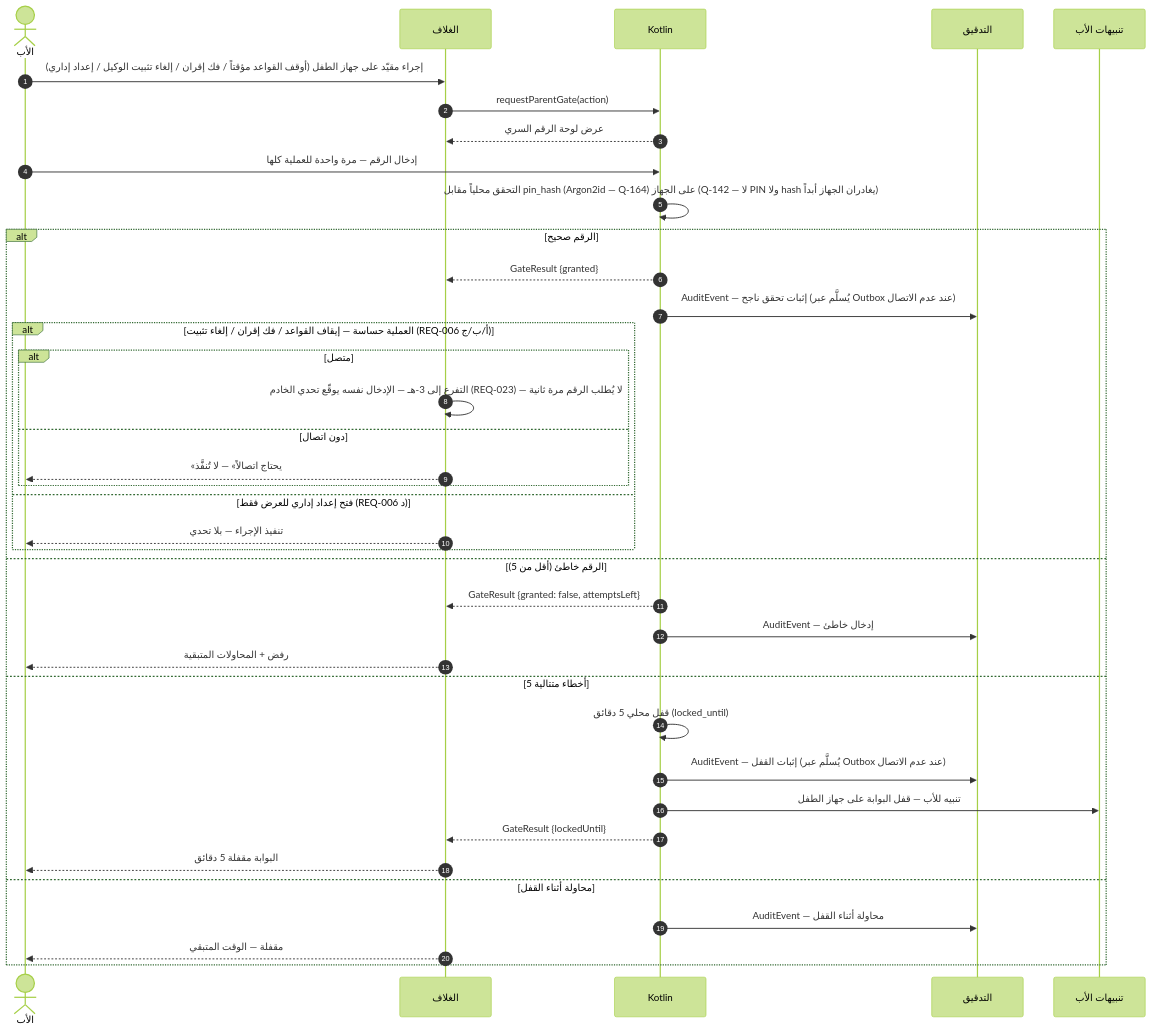
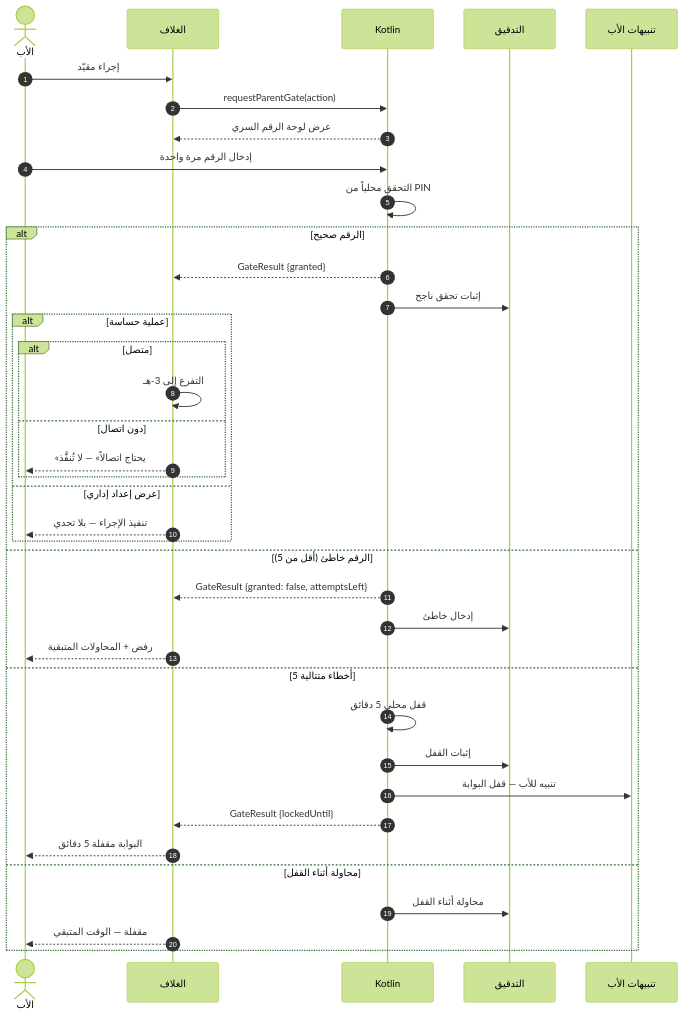
The fifth of 19 diagrams in docs/family-os/governance/phases/phase-1/S1-01-app-shell-and-platform/DIAGRAMS.md (Bassam-mohammed-alqaeadi/family-os-v2), drawn with Mermaid (forest theme) before and after one commit. The commit also changed other lines of this file, not shown here.

````diff
--- a/docs/family-os/governance/phases/phase-1/S1-01-app-shell-and-platform/DIAGRAMS.md
+++ b/docs/family-os/governance/phases/phase-1/S1-01-app-shell-and-platform/DIAGRAMS.md
@@ -256,40 +266,40 @@
 ```mermaid
 sequenceDiagram
     autonumber
     actor Father as الأب
     participant Shell as الغلاف
     participant K as Kotlin
     participant Audit as التدقيق
     participant Alerts as تنبيهات الأب
-    Father->>Shell: إجراء مقيّد على جهاز الطفل (أوقف القواعد مؤقتاً / فك إقران / إلغاء تثبيت الوكيل / إعداد إداري)
+    Father->>Shell: إجراء مقيّد
     Shell->>K: requestParentGate(action)
     K-->>Shell: عرض لوحة الرقم السري
-    Father->>K: إدخال الرقم — مرة واحدة للعملية كلها
-    K->>K: التحقق محلياً مقابل pin_hash (Argon2id — Q-164) على الجهاز (Q-142 — لا PIN ولا hash يغادران الجهاز أبداً)
+    Father->>K: إدخال الرقم مرة واحدة
+    K->>K: التحقق محلياً من PIN
     alt الرقم صحيح
         K-->>Shell: GateResult {granted}
-        K->>Audit: AuditEvent — إثبات تحقق ناجح (يُسلَّم عبر Outbox عند عدم الاتصال)
-        alt العملية حساسة — إيقاف القواعد / فك إقران / إلغاء تثبيت (REQ-006 أ/ب/ج)
+        K->>Audit: إثبات تحقق ناجح
+        alt عملية حساسة
             alt متصل
-                Shell->>Shell: التفرع إلى 3-هـ — الإدخال نفسه يوقّع تحدي الخادم (REQ-023) — لا يُطلب الرقم مرة ثانية
+                Shell->>Shell: التفرع إلى 3-هـ
             else دون اتصال
                 Shell-->>Father: «يحتاج اتصالاً» — لا تُنفَّذ
             end
-        else فتح إعداد إداري للعرض فقط (REQ-006 د)
+        else عرض إعداد إداري
             Shell-->>Father: تنفيذ الإجراء — بلا تحدي
         end
     else الرقم خاطئ (أقل من 5)
         K-->>Shell: GateResult {granted: false, attemptsLeft}
-        K->>Audit: AuditEvent — إدخال خاطئ
+        K->>Audit: إدخال خاطئ
         Shell-->>Father: رفض + المحاولات المتبقية
     else 5 أخطاء متتالية
-        K->>K: قفل محلي 5 دقائق (locked_until)
-        K->>Audit: AuditEvent — إثبات القفل (يُسلَّم عبر Outbox عند عدم الاتصال)
-        K->>Alerts: تنبيه للأب — قفل البوابة على جهاز الطفل
+        K->>K: قفل محلي 5 دقائق
+        K->>Audit: إثبات القفل
+        K->>Alerts: تنبيه للأب — قفل البوابة
         K-->>Shell: GateResult {lockedUntil}
         Shell-->>Father: البوابة مقفلة 5 دقائق
     else محاولة أثناء القفل
-        K->>Audit: AuditEvent — محاولة أثناء القفل
+        K->>Audit: محاولة أثناء القفل
         Shell-->>Father: مقفلة — الوقت المتبقي
     end
 ```
````
